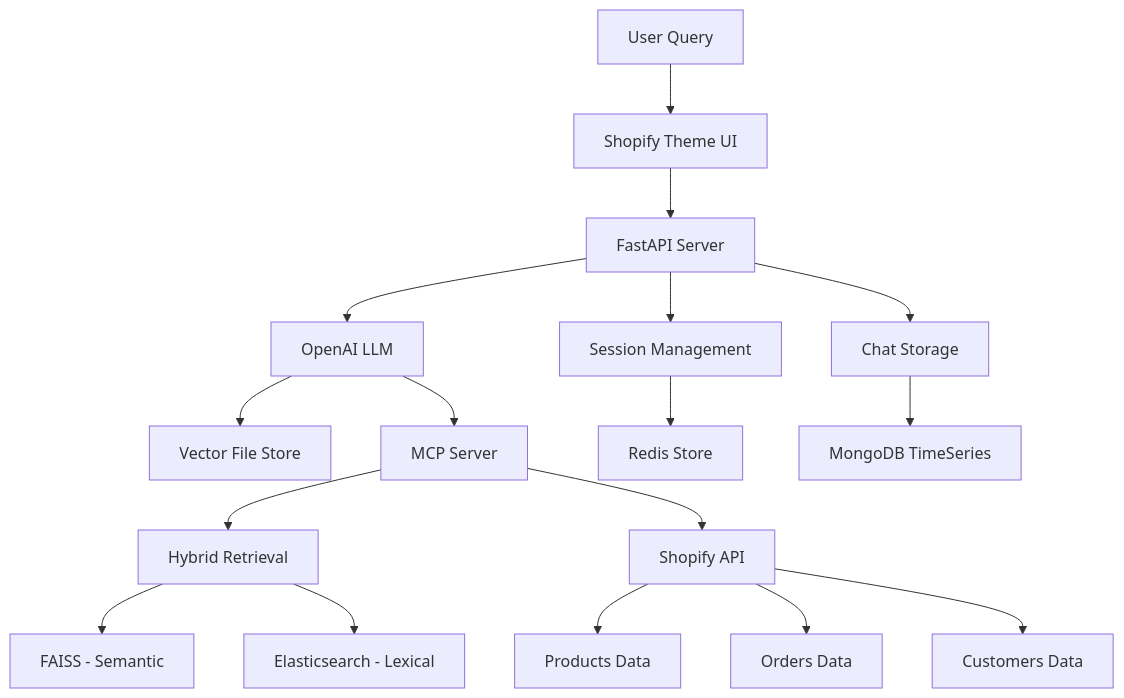
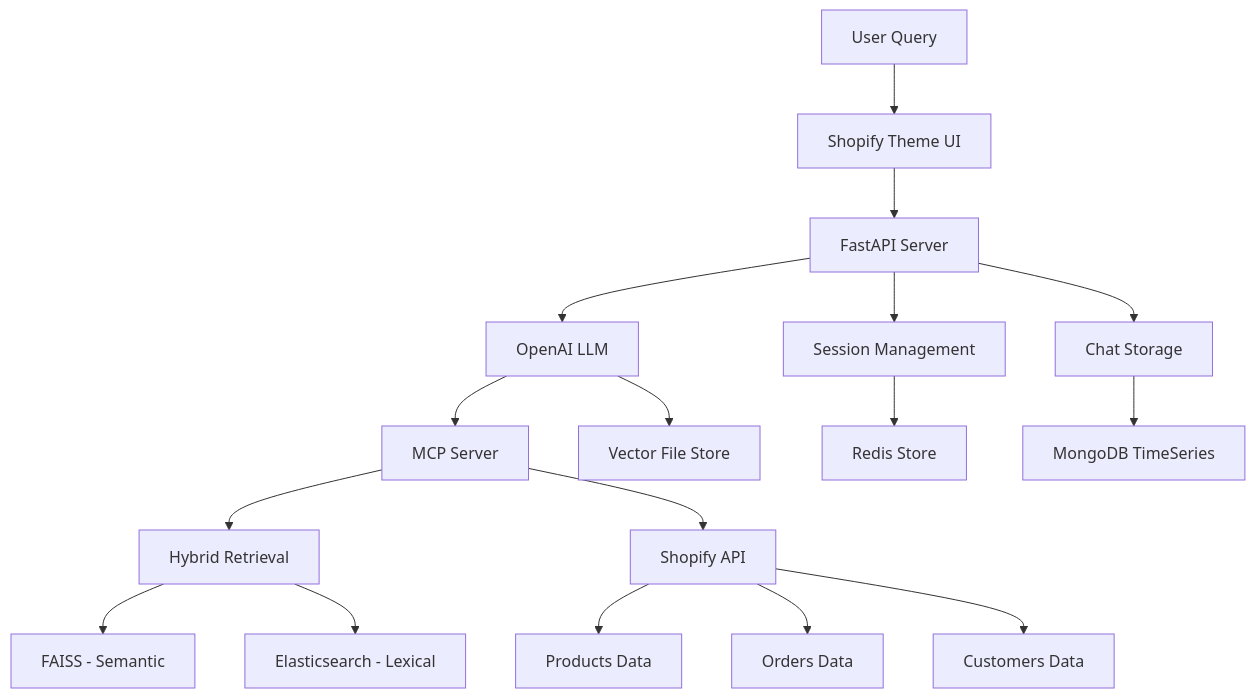
The diagram in README.md (Mobeen-Dev/chatbot_Shopify), drawn with Mermaid before and after one commit.

````diff
--- a/README.md
+++ b/README.md
@@ -37,19 +37,19 @@
 ```mermaid
 graph TD
     A[User Query] --> B[Shopify Theme UI]
     B --> C[FastAPI Server]
-    C --> D[OpenAI LLM]
-    D --> M[Vector File Store]
+    C --> D[OpenAI LLM]    
     D --> N[MCP Server]
     N --> E[Hybrid Retrieval]
     E --> F[FAISS - Semantic]
     E --> G[Elasticsearch - Lexical]
     N --> H[Shopify API]
     H --> Q[Products Data]
     H --> R[Orders Data]
     H --> S[Customers Data]
     C --> O[Session Management]
     O --> I[Redis Store]
     C --> P[Chat Storage]
     P --> J[MongoDB TimeSeries]
+    D --> M[Vector File Store]
 ```
````
